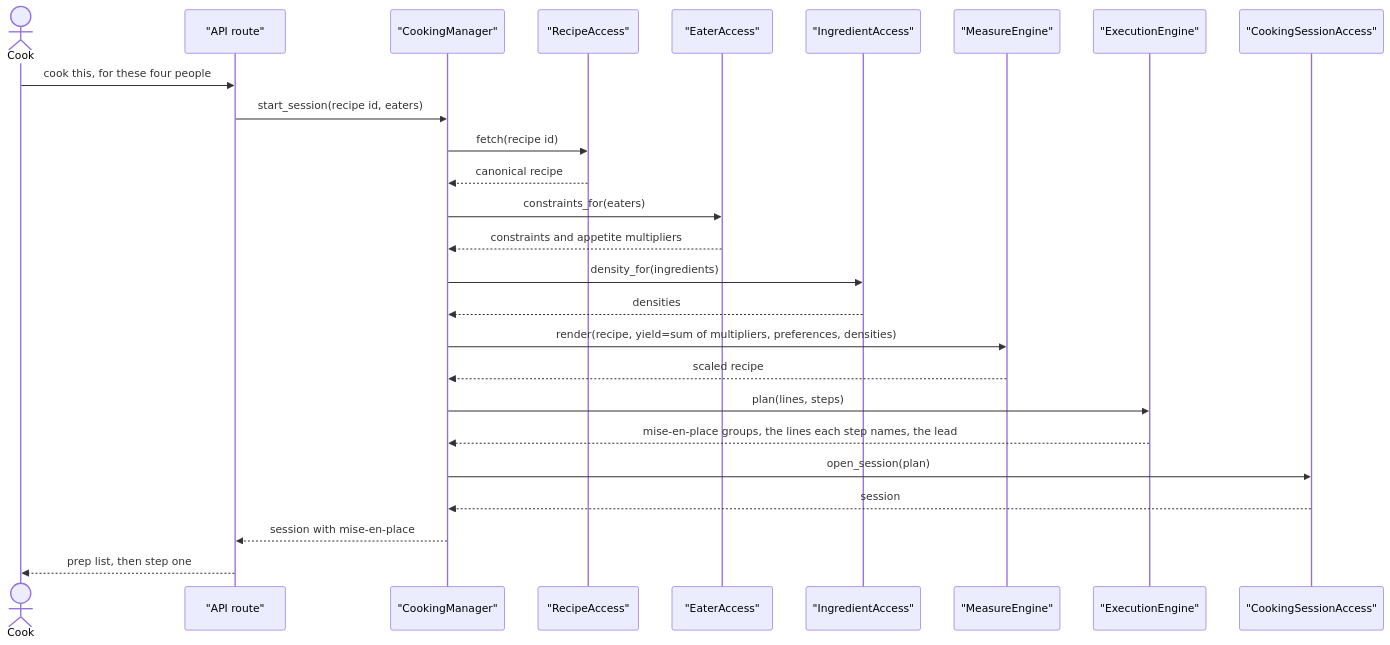
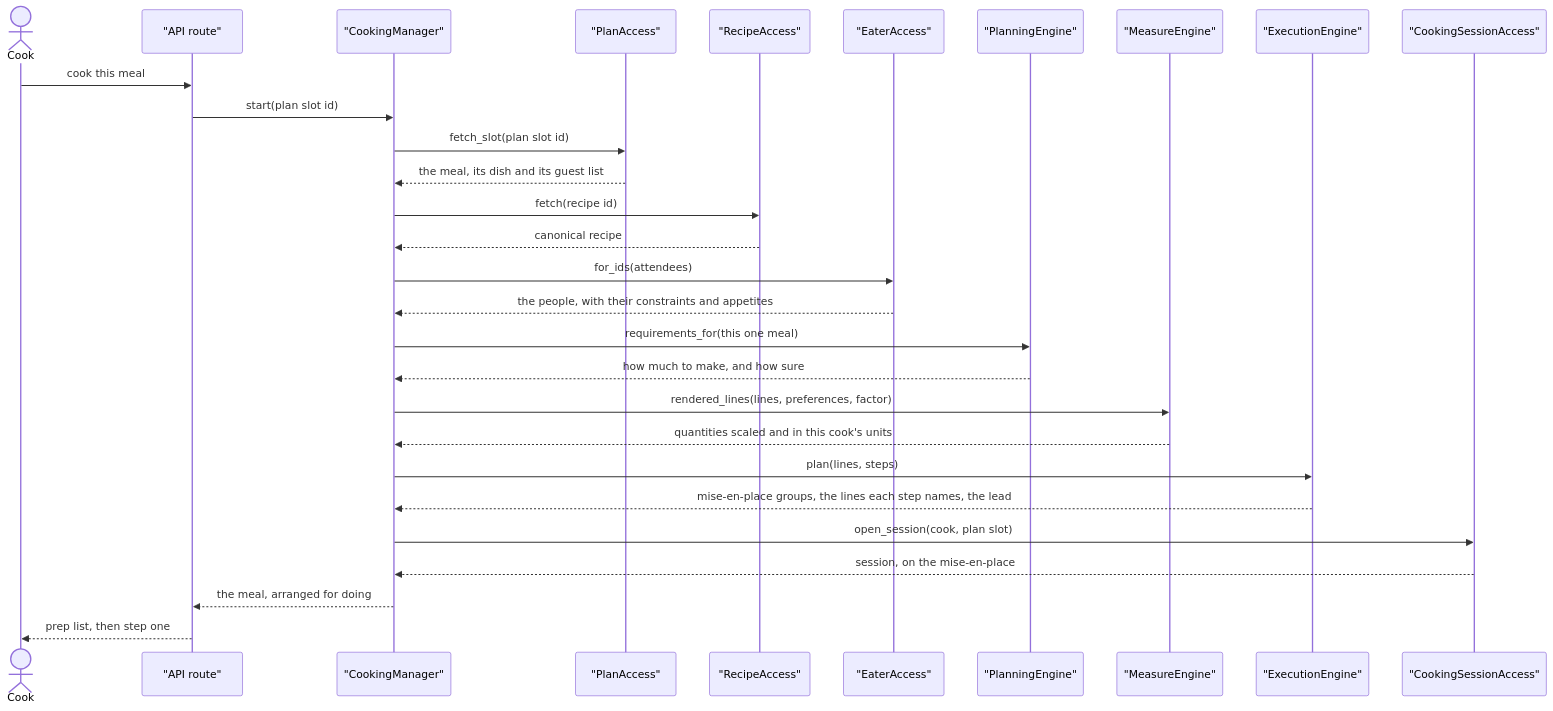
Before and after one commit to h3ll5ur7er/quookly: the fourth of 9 diagrams in doc/05-use-case-flows.md, drawn with Mermaid. The commit also changed other lines of this file and 20 other files, not shown here.

````diff
--- a/doc/05-use-case-flows.md
+++ b/doc/05-use-case-flows.md
@@ -164,29 +164,32 @@
 ```mermaid
 sequenceDiagram
   actor Cook
   participant API as "API route"
   participant CKM as "CookingManager"
+  participant PLA as "PlanAccess"
   participant RCA as "RecipeAccess"
   participant EAT as "EaterAccess"
-  participant ING as "IngredientAccess"
+  participant PLN as "PlanningEngine"
   participant ME as "MeasureEngine"
   participant EXE as "ExecutionEngine"
   participant SES as "CookingSessionAccess"
 
-  Cook->>API: cook this, for these four people
-  API->>CKM: start_session(recipe id, eaters)
+  Cook->>API: cook this meal
+  API->>CKM: start(plan slot id)
+  CKM->>PLA: fetch_slot(plan slot id)
+  PLA-->>CKM: the meal, its dish and its guest list
   CKM->>RCA: fetch(recipe id)
   RCA-->>CKM: canonical recipe
-  CKM->>EAT: constraints_for(eaters)
-  EAT-->>CKM: constraints and appetite multipliers
-  CKM->>ING: density_for(ingredients)
-  ING-->>CKM: densities
-  CKM->>ME: render(recipe, yield=sum of multipliers, preferences, densities)
-  ME-->>CKM: scaled recipe
+  CKM->>EAT: for_ids(attendees)
+  EAT-->>CKM: the people, with their constraints and appetites
+  CKM->>PLN: requirements_for(this one meal)
+  PLN-->>CKM: how much to make, and how sure
+  CKM->>ME: rendered_lines(lines, preferences, factor)
+  ME-->>CKM: quantities scaled and in this cook's units
   CKM->>EXE: plan(lines, steps)
   EXE-->>CKM: mise-en-place groups, the lines each step names, the lead
-  CKM->>SES: open_session(plan)
-  SES-->>CKM: session
-  CKM-->>API: session with mise-en-place
+  CKM->>SES: open_session(cook, plan slot)
+  SES-->>CKM: session, on the mise-en-place
+  CKM-->>API: the meal, arranged for doing
   API-->>Cook: prep list, then step one
 ```
````
